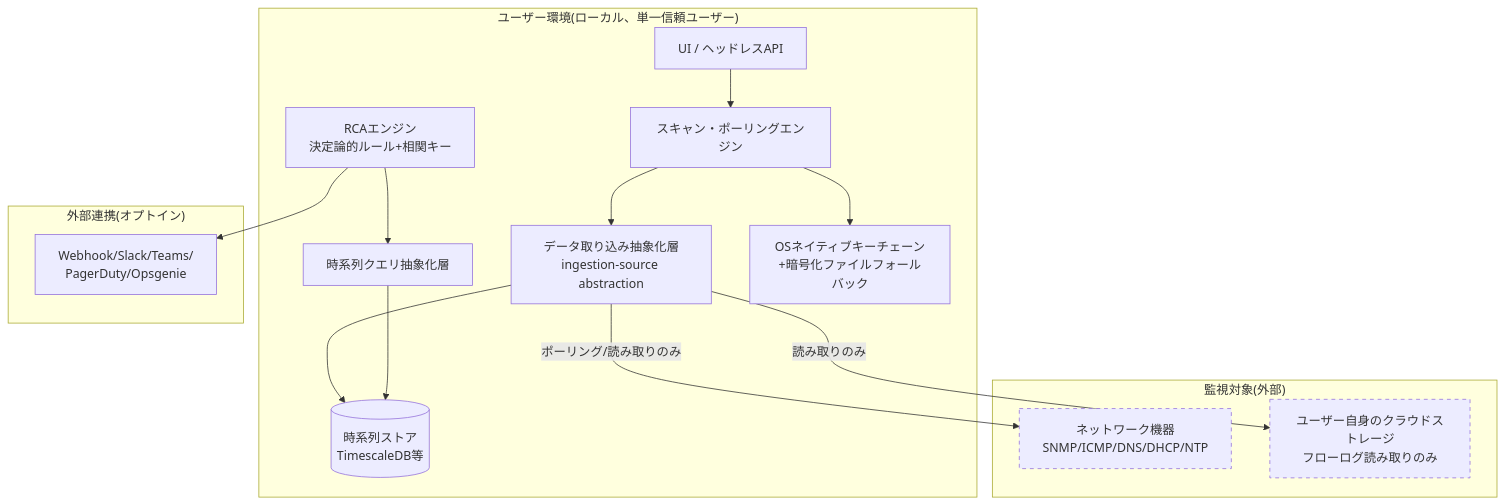
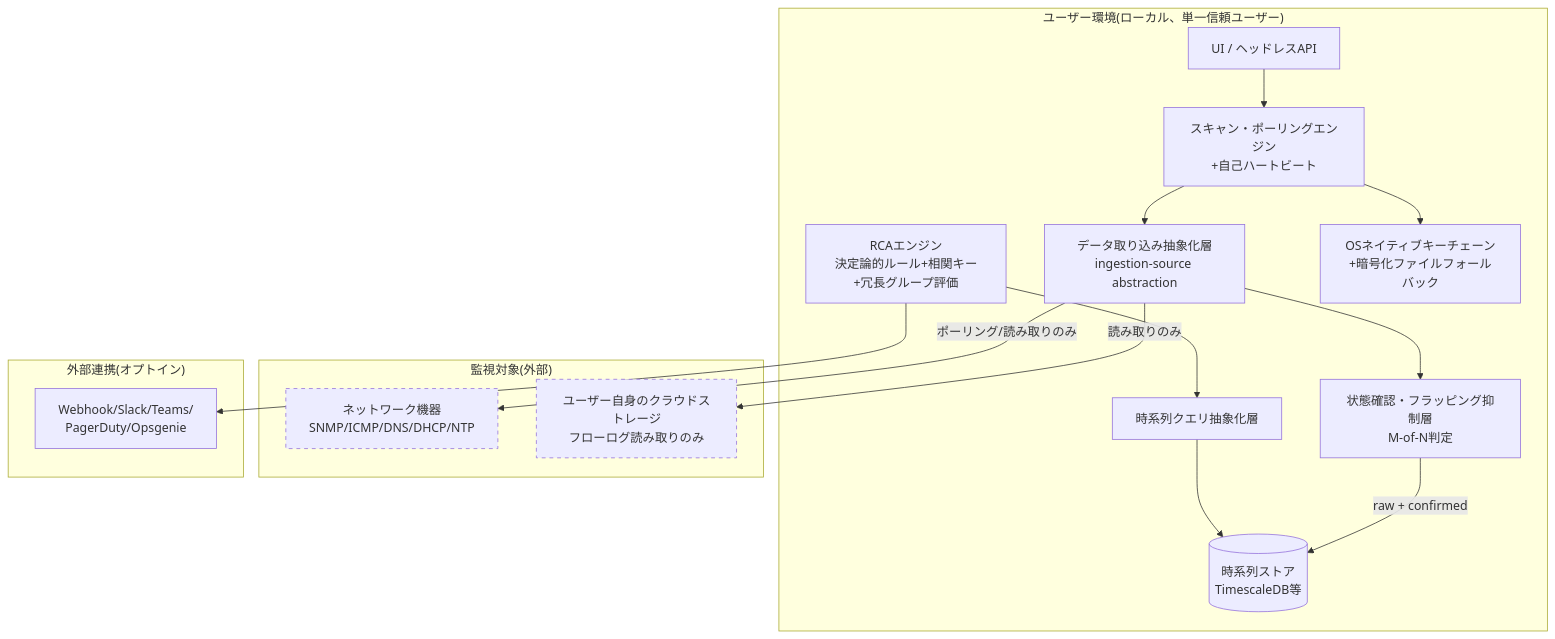
Before and after one commit to Haruyuzuriha/Myaku: the diagram in docs/docs/システム設計/システム方式設計書.md, drawn with Mermaid. The commit also changed other lines of this file, not shown here.

````diff
--- a/docs/docs/システム設計/システム方式設計書.md
+++ b/docs/docs/システム設計/システム方式設計書.md
@@ -79,34 +74,36 @@
 ```mermaid
 graph TB
     subgraph "ユーザー環境(ローカル、単一信頼ユーザー)"
         UI[UI / ヘッドレスAPI]
-        Engine[スキャン・ポーリングエンジン]
-        RCA[RCAエンジン<br/>決定論的ルール+相関キー]
+        Engine[スキャン・ポーリングエンジン<br/>+自己ハートビート]
+        StateConfirm[状態確認・フラッピング抑制層<br/>M-of-N判定]
+        RCA[RCAエンジン<br/>決定論的ルール+相関キー+冗長グループ評価]
         Ingest[データ取り込み抽象化層<br/>ingestion-source abstraction]
         QueryAbs[時系列クエリ抽象化層]
         TSDB[(時系列ストア<br/>TimescaleDB等)]
         Keychain[OSネイティブキーチェーン<br/>+暗号化ファイルフォールバック]
     end
 
     subgraph "監視対象(外部)"
         Net[ネットワーク機器<br/>SNMP/ICMP/DNS/DHCP/NTP]
         Cloud[ユーザー自身のクラウドストレージ<br/>フローログ読み取りのみ]
     end
 
     subgraph "外部連携(オプトイン)"
         Notify[Webhook/Slack/Teams/<br/>PagerDuty/Opsgenie]
     end
 
     UI --> Engine
     Engine --> Ingest
     Ingest -->|ポーリング/読み取りのみ| Net
     Ingest -->|読み取りのみ| Cloud
-    Ingest --> TSDB
+    Ingest --> StateConfirm
+    StateConfirm -->|raw + confirmed| TSDB
     QueryAbs --> TSDB
     RCA --> QueryAbs
     RCA --> Notify
     Engine --> Keychain
 
     style Cloud stroke-dasharray: 5 5
     style Net stroke-dasharray: 5 5
 ```
````
